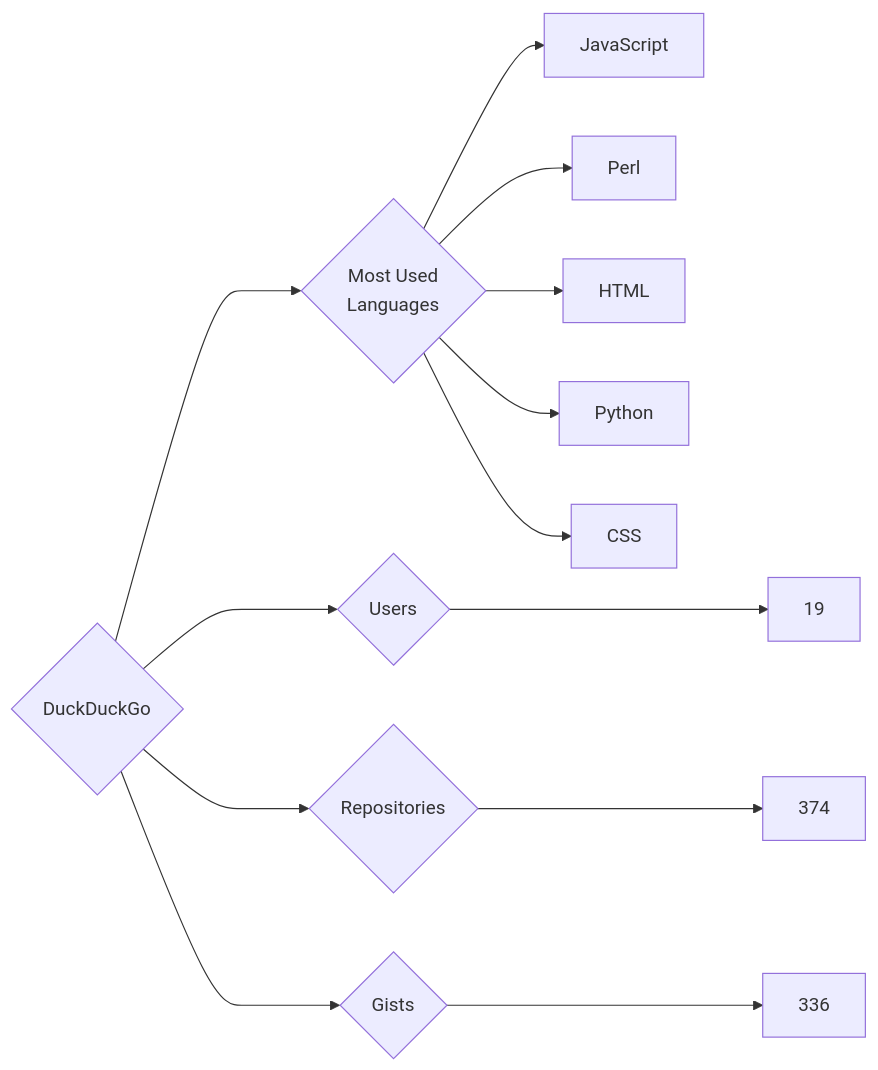
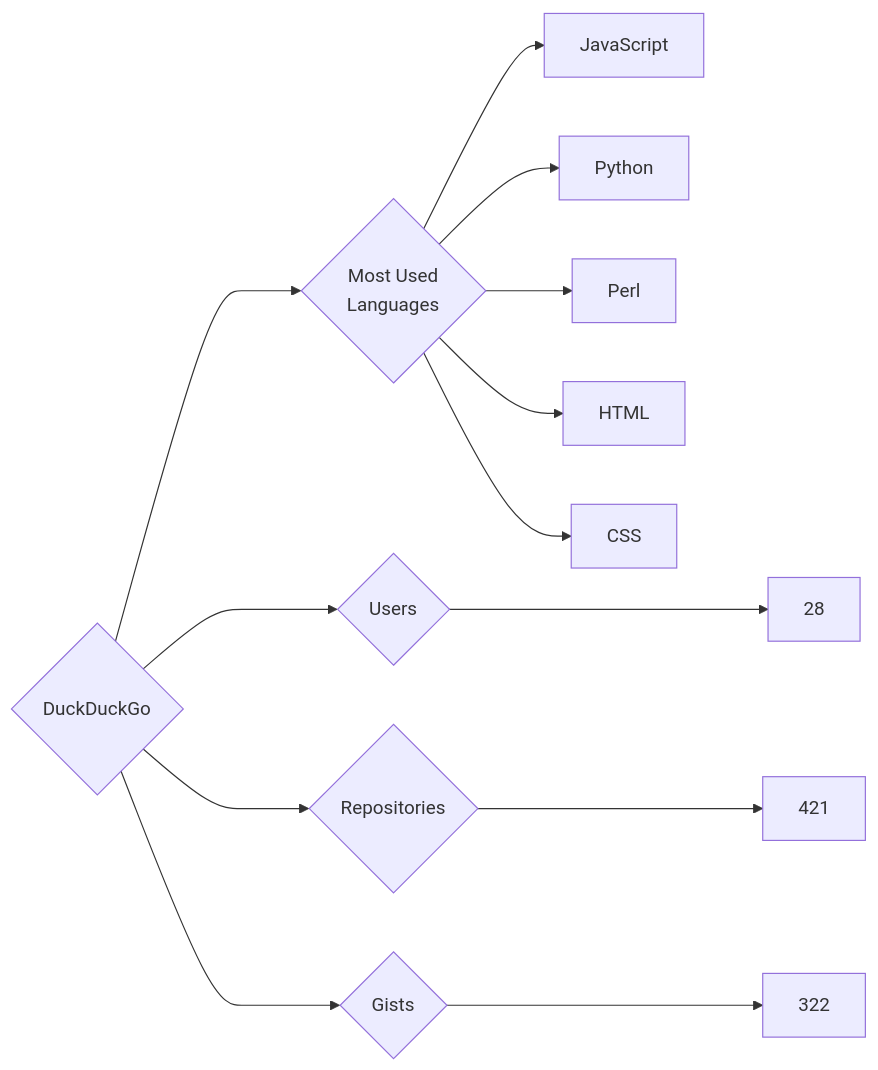
One commit to trickest/insiders changed the diagram in targets/DuckDuckGo/README.md. Above: the diagram before and after it, drawn with Mermaid. The commit also changed 749 other files, not shown here.

````diff
--- a/targets/DuckDuckGo/README.md
+++ b/targets/DuckDuckGo/README.md
@@ -3,13 +3,13 @@
 ```mermaid
 graph LR
 COMPANY_NAME{DuckDuckGo}
-COMPANY_NAME ---> U{Users} ---> UN[19]
-COMPANY_NAME ---> R{Repositories} ---> RN[374]
-COMPANY_NAME ---> G{Gists} ---> GN[336]
+COMPANY_NAME ---> U{Users} ---> UN[28]
+COMPANY_NAME ---> R{Repositories} ---> RN[421]
+COMPANY_NAME ---> G{Gists} ---> GN[322]
 COMPANY_NAME ---> ML{Most Used<br>Languages}
 ML --> JavaScript[JavaScript]
+ML --> Python[Python]
 ML --> Perl[Perl]
 ML --> HTML[HTML]
-ML --> Python[Python]
 ML --> CSS[CSS]
 ```
````
